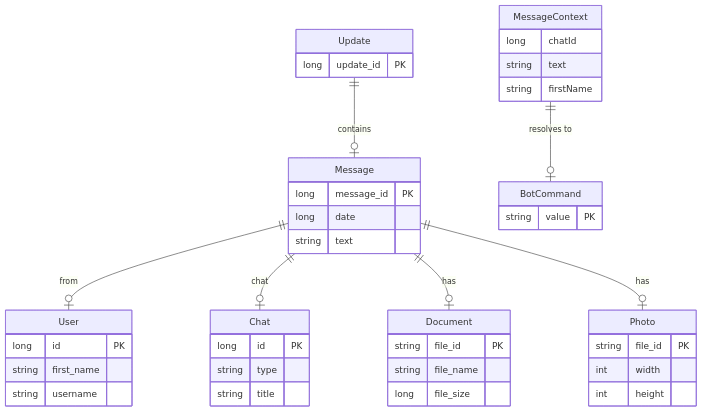
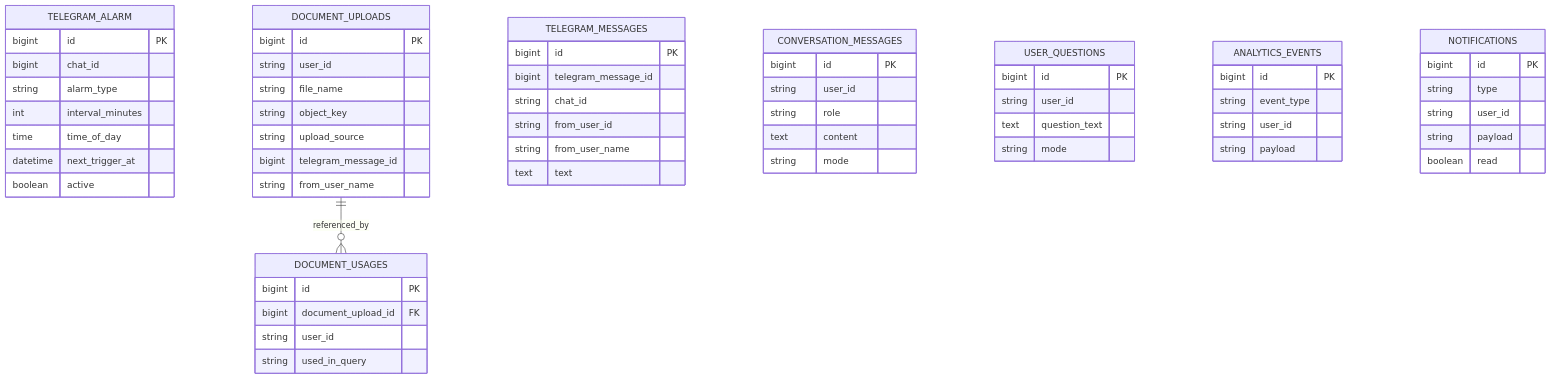
Before and after one commit to skyleedevzero86/Tellme_Showme: the fifth of 5 diagrams in README.md, drawn with Mermaid. The commit also changed other lines of this file, not shown here.

````diff
--- a/README.md
+++ b/README.md
@@ -214,53 +191,70 @@
 ```mermaid
 erDiagram
-  Update ||--o| Message : contains
-  Message ||--o| User : from
-  Message ||--o| Chat : chat
-  Message ||--o| Document : has
-  Message ||--o| Photo : has
-  MessageContext ||--o| BotCommand : "resolves to"
-
-  Update {
-    long update_id PK
+  TELEGRAM_ALARM {
+    bigint id PK
+    bigint chat_id
+    string alarm_type
+    int interval_minutes
+    time time_of_day
+    datetime next_trigger_at
+    boolean active
   }
 
-  Message {
-    long message_id PK
-    long date
-    string text
+  DOCUMENT_UPLOADS {
+    bigint id PK
+    string user_id
+    string file_name
+    string object_key
+    string upload_source
+    bigint telegram_message_id
+    string from_user_name
   }
 
-  User {
-    long id PK
-    string first_name
-    string username
+  DOCUMENT_USAGES {
+    bigint id PK
+    bigint document_upload_id FK
+    string user_id
+    string used_in_query
   }
 
-  Chat {
-    long id PK
-    string type
-    string title
+  TELEGRAM_MESSAGES {
+    bigint id PK
+    bigint telegram_message_id
+    string chat_id
+    string from_user_id
+    string from_user_name
+    text text
   }
 
-  MessageContext {
-    long chatId
-    string text
-    string firstName
+  CONVERSATION_MESSAGES {
+    bigint id PK
+    string user_id
+    string role
+    text content
+    string mode
   }
 
-  BotCommand {
-    string value PK
+  USER_QUESTIONS {
+    bigint id PK
+    string user_id
+    text question_text
+    string mode
   }
 
-  Document {
-    string file_id PK
-    string file_name
-    long file_size
+  ANALYTICS_EVENTS {
+    bigint id PK
+    string event_type
+    string user_id
+    string payload
   }
 
-  Photo {
-    string file_id PK
-    int width
-    int height
+  NOTIFICATIONS {
+    bigint id PK
+    string type
+    string user_id
+    string payload
+    boolean read
   }
+
+  DOCUMENT_UPLOADS ||--o{ DOCUMENT_USAGES : referenced_by
 ```
````
